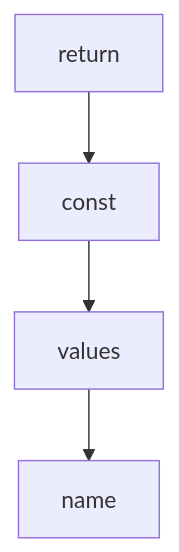
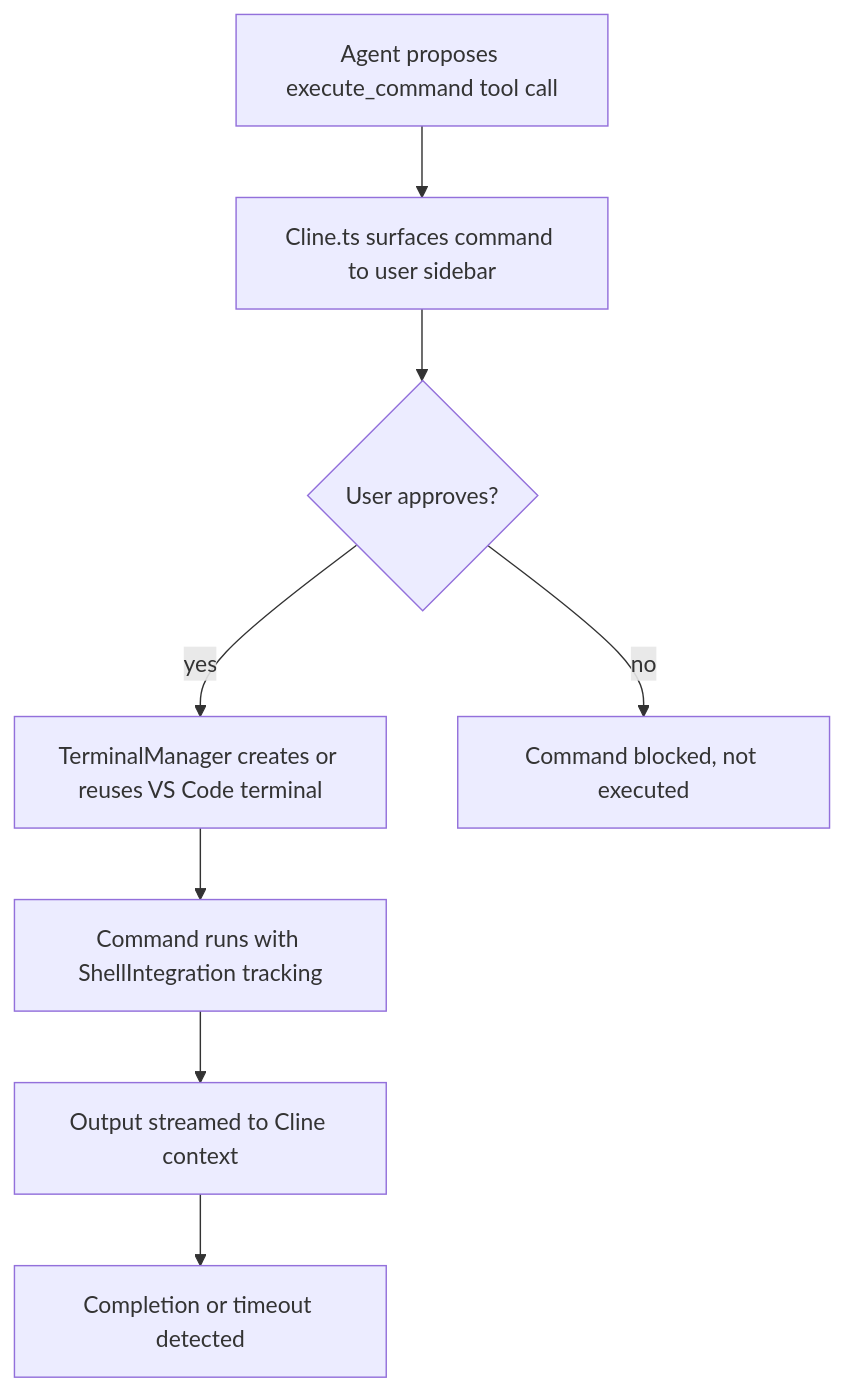
Before and after one commit to johnxie/awesome-code-docs: the second of 2 diagrams in tutorials/cline-tutorial/04-terminal-and-runtime-tools.md, drawn with Mermaid. The commit also changed other lines of this file and 1232 other files, not shown here.

````diff
--- a/tutorials/cline-tutorial/04-terminal-and-runtime-tools.md
+++ b/tutorials/cline-tutorial/04-terminal-and-runtime-tools.md
@@ -247,10 +131,18 @@
 ```mermaid
 flowchart TD
-    A[return]
-    B[const]
-    C[values]
-    D[name]
+    A[Agent proposes execute_command tool call]
+    B[Cline.ts surfaces command to user sidebar]
+    C{User approves?}
+    D[TerminalManager creates or reuses VS Code terminal]
+    E[Command runs with ShellIntegration tracking]
+    F[Output streamed to Cline context]
+    G[Completion or timeout detected]
+    H[Command blocked, not executed]
     A --> B
     B --> C
-    C --> D
+    C -- yes --> D
+    D --> E
+    E --> F
+    F --> G
+    C -- no --> H
 ```
````
